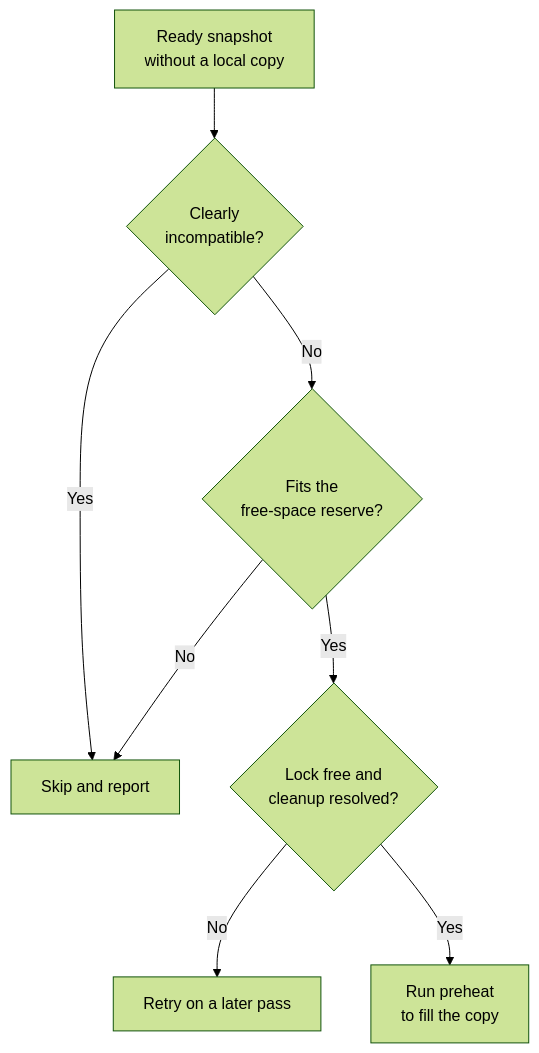
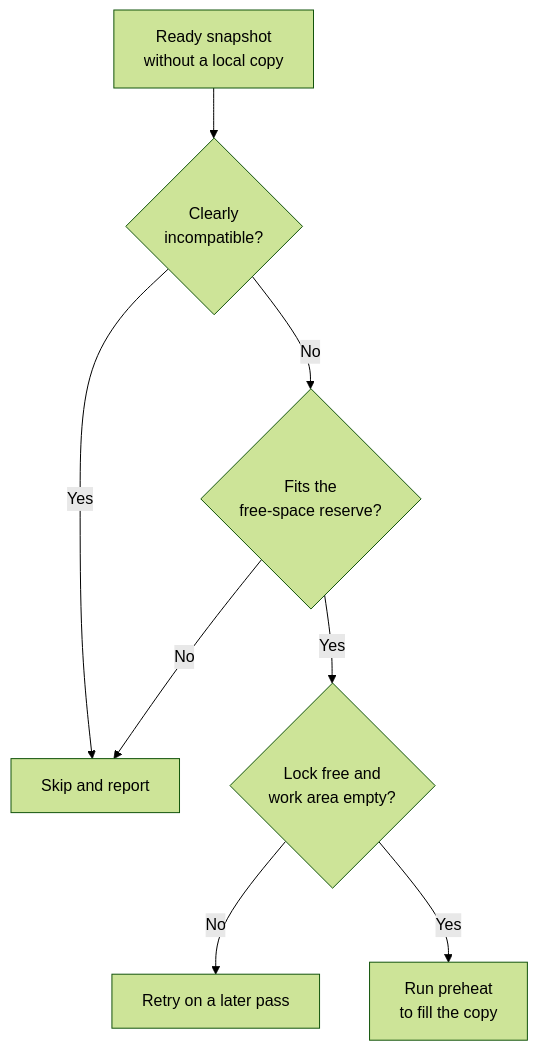
One commit to ai-dynamo/snapshot changed the fifth of 5 diagrams in docs/design/644-node-cache/README.md. Above: the diagram before and after it, drawn with Mermaid (forest theme). The commit also changed other lines of this file, not shown here.

````diff
--- a/docs/design/644-node-cache/README.md
+++ b/docs/design/644-node-cache/README.md
@@ -366,10 +347,10 @@
 ```mermaid
 flowchart TD
     A["Ready snapshot<br/>without a local copy"] --> B{"Clearly<br/>incompatible?"}
     B -->|"Yes"| S["Skip and report"]
     B -->|"No"| C{"Fits the<br/>free-space reserve?"}
     C -->|"No"| S
-    C -->|"Yes"| D{"Lock free and<br/>cleanup resolved?"}
+    C -->|"Yes"| D{"Lock free and<br/>work area empty?"}
     D -->|"No"| W["Retry on a later pass"]
     D -->|"Yes"| E["Run preheat<br/>to fill the copy"]
 ```
````
